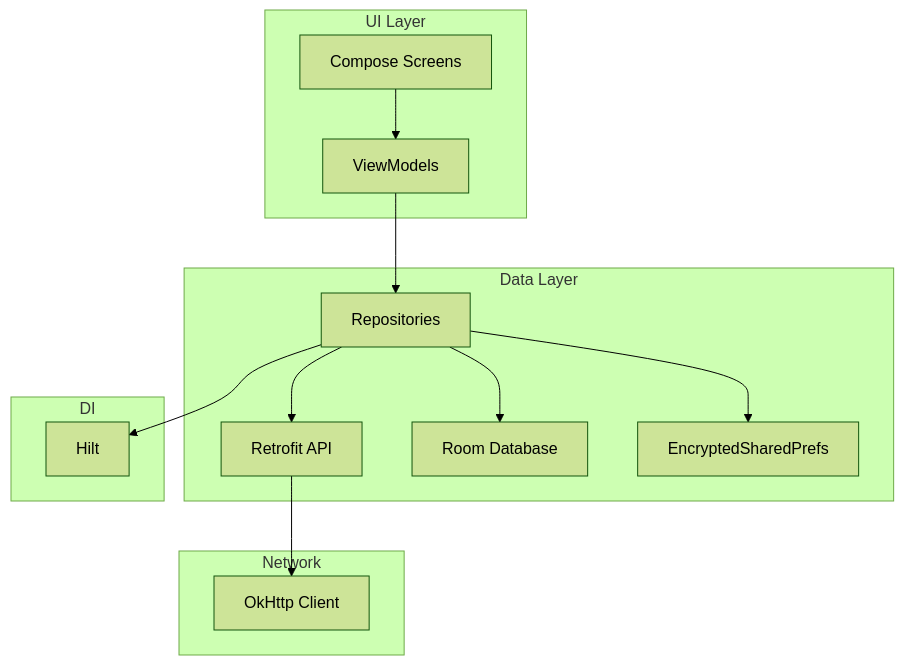
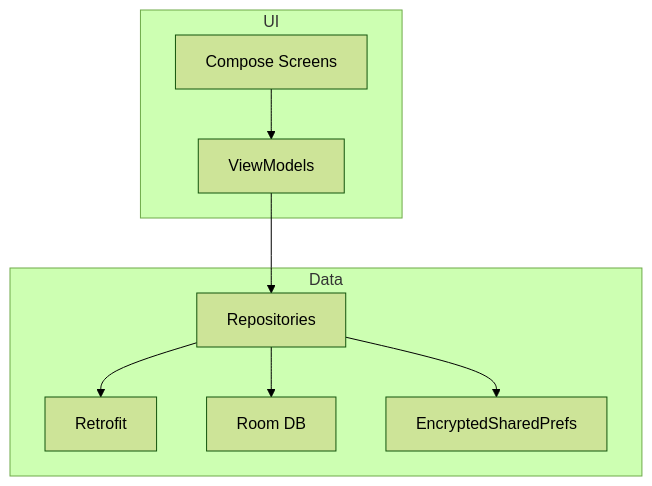
Before and after one commit to Savita-debug/mobile-app: the first of 2 diagrams in README.md, drawn with Mermaid (forest theme). The commit also changed other lines of this file, not shown here.

Commit message:
docs: clean README - simple Mermaid diagrams

````diff
--- a/README.md
+++ b/README.md
@@ -7,30 +7,20 @@
 ```mermaid
 graph TD
-    subgraph UI["UI Layer"]
+    subgraph UI
         Screens[Compose Screens]
         ViewModels[ViewModels]
     end
     
-    subgraph Data["Data Layer"]
+    subgraph Data
         Repos[Repositories]
-        API[Retrofit API]
-        Room[Room Database]
+        API[Retrofit]
+        Room[Room DB]
         Cache[EncryptedSharedPrefs]
-    end
-    
-    subgraph Network["Network"]
-        OkHttp[OkHttp Client]
-    end
-    
-    subgraph DI["DI"]
-        Hilt[Hilt]
     end
     
     Screens --> ViewModels
     ViewModels --> Repos
     Repos --> API
     Repos --> Room
     Repos --> Cache
-    API --> OkHttp
-    Repos --> Hilt
 ```
````
